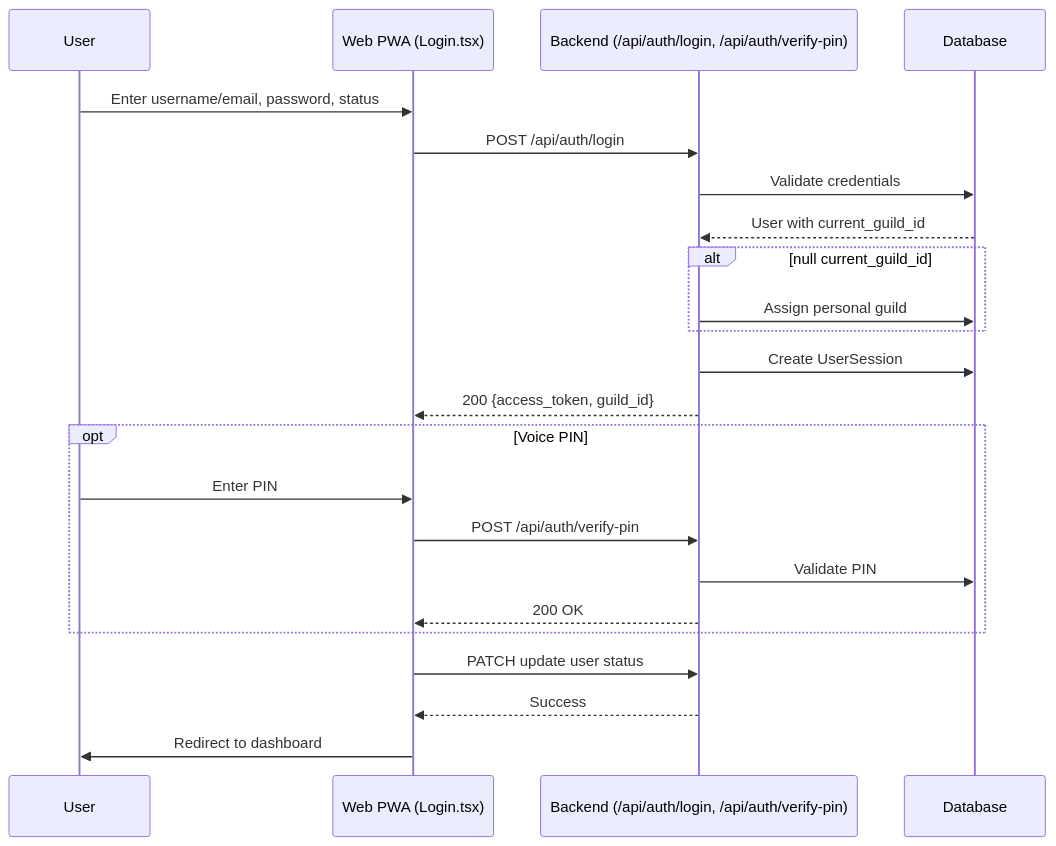
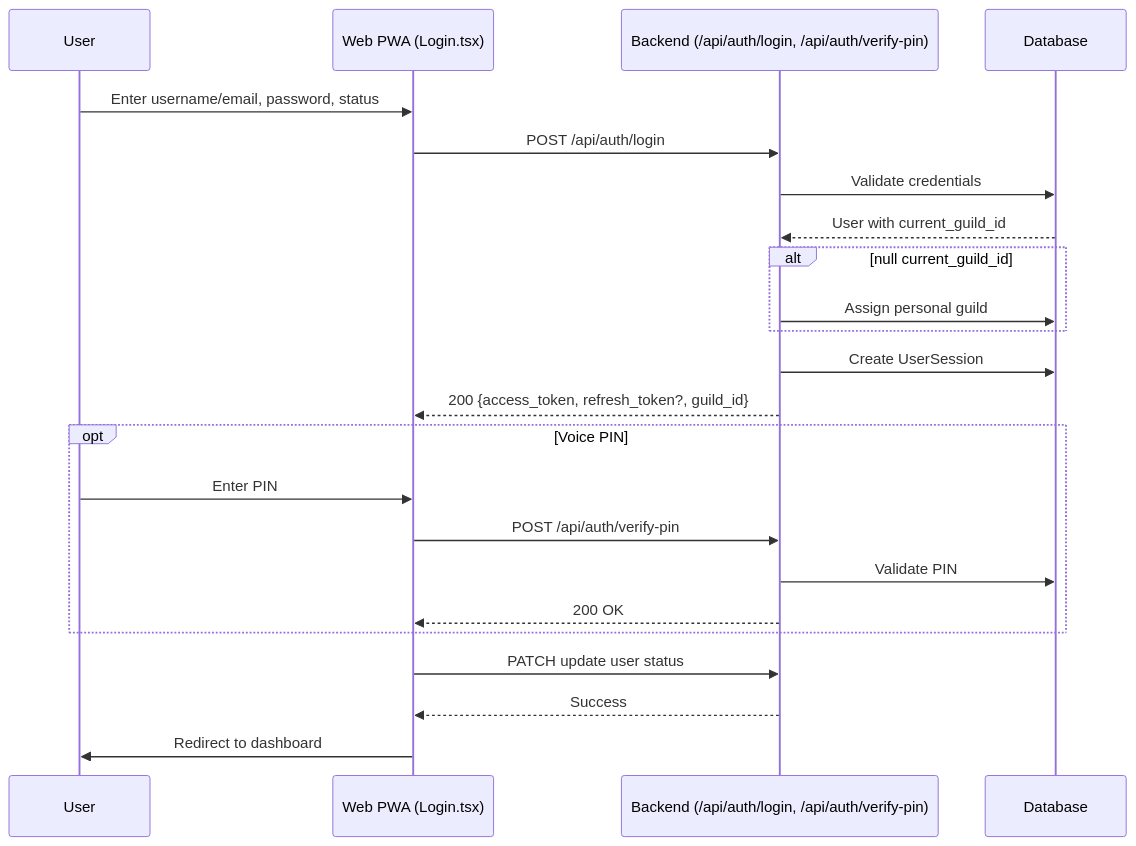
The second of 9 diagrams in docs/project/project_flows.md (hamlet2k/SphereConnect), drawn with Mermaid before and after one commit. The commit also changed other lines of this file and 7 other files, not shown here.

First line of the commit message:
feat(auth): implement axios interceptor with automatic token refresh

````diff
--- a/docs/project/project_flows.md
+++ b/docs/project/project_flows.md
@@ -50,25 +51,25 @@
 ```mermaid
 sequenceDiagram
     participant U as User
     participant W as Web PWA (Login.tsx)
     participant B as Backend (/api/auth/login, /api/auth/verify-pin)
     participant D as Database
     U->>W: Enter username/email, password, status
     W->>B: POST /api/auth/login
     B->>D: Validate credentials
     D-->>B: User with current_guild_id
     alt null current_guild_id
         B->>D: Assign personal guild
     end
     B->>D: Create UserSession
-    B-->>W: 200 {access_token, guild_id}
+    B-->>W: 200 {access_token, refresh_token?, guild_id}
     opt Voice PIN
         U->>W: Enter PIN
         W->>B: POST /api/auth/verify-pin
         B->>D: Validate PIN
         B-->>W: 200 OK
     end
     W->>B: PATCH update user status
     B-->>W: Success
     W->>U: Redirect to dashboard
 ```
````
